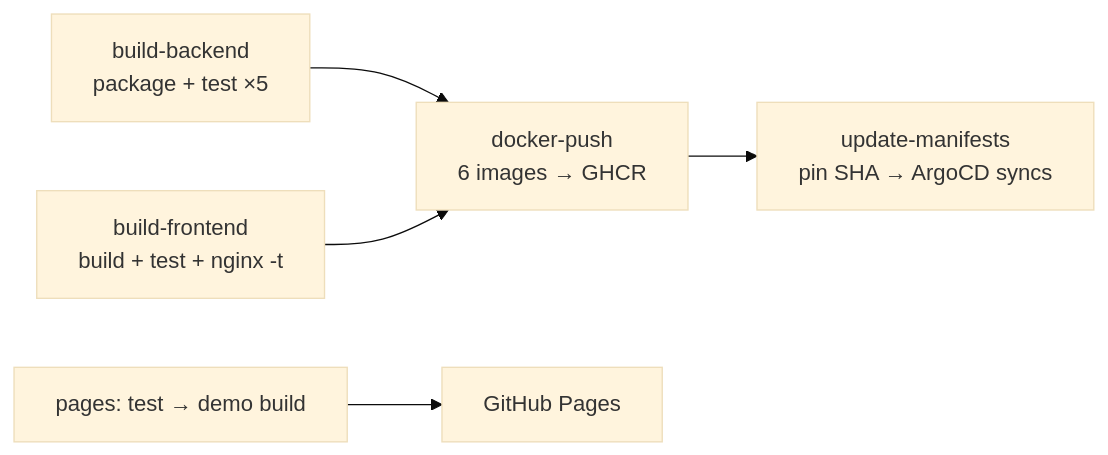
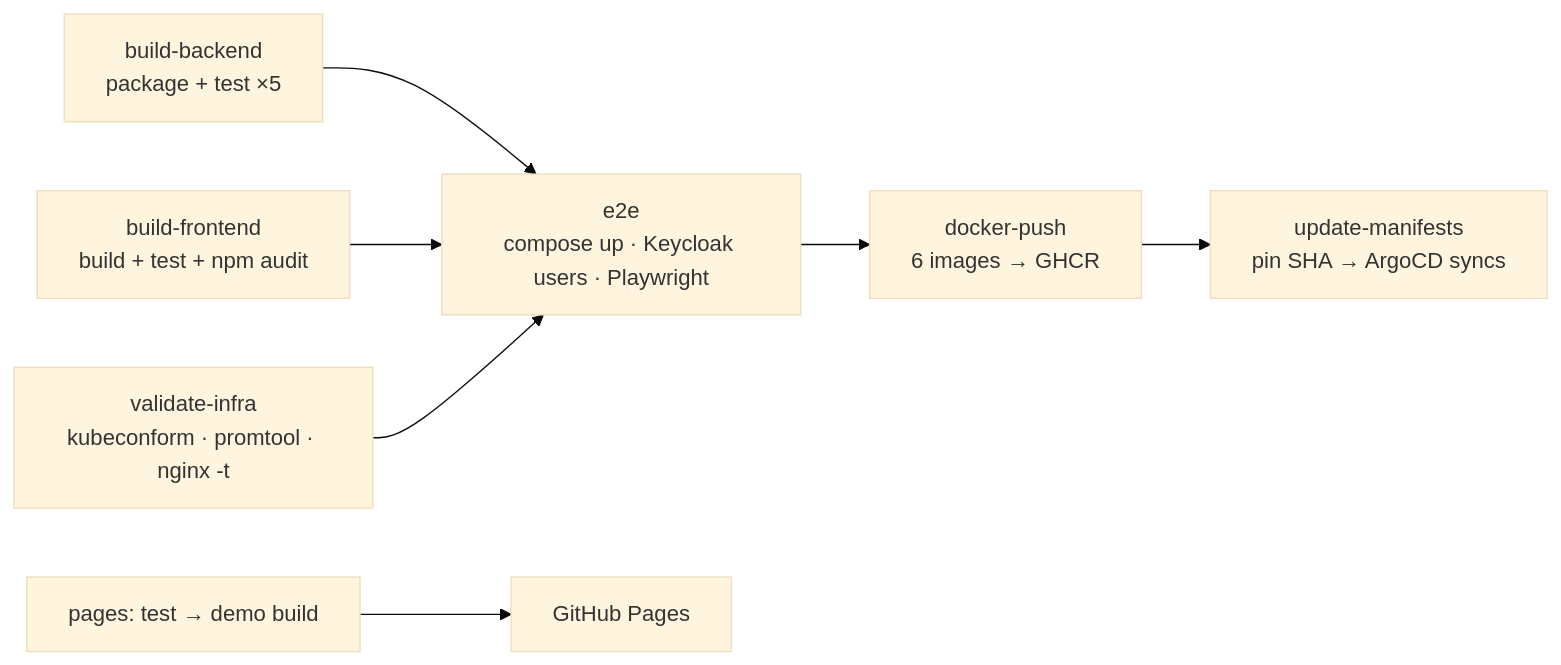
One commit to Vkartik-3/Angular-Java changed the third of 3 diagrams in README.md. Above: the diagram before and after it, drawn with Mermaid (base theme). The commit also changed other lines of this file and 17 other files, not shown here.

````diff
--- a/README.md
+++ b/README.md
@@ -483,7 +510,9 @@
 ```mermaid
 graph LR
-    B[build-backend<br/>package + test ×5] --> D
-    F[build-frontend<br/>build + test + nginx -t] --> D
+    B[build-backend<br/>package + test ×5] --> E
+    F[build-frontend<br/>build + test + npm audit] --> E
+    V[validate-infra<br/>kubeconform · promtool · nginx -t] --> E
+    E[e2e<br/>compose up · Keycloak users · Playwright] --> D
     D[docker-push<br/>6 images → GHCR] --> U[update-manifests<br/>pin SHA → ArgoCD syncs]
     P[pages: test → demo build] --> G[GitHub Pages]
 ```
````
